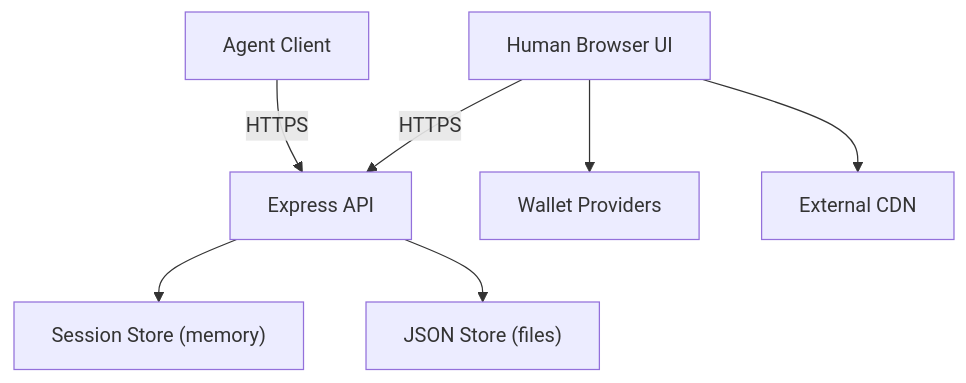
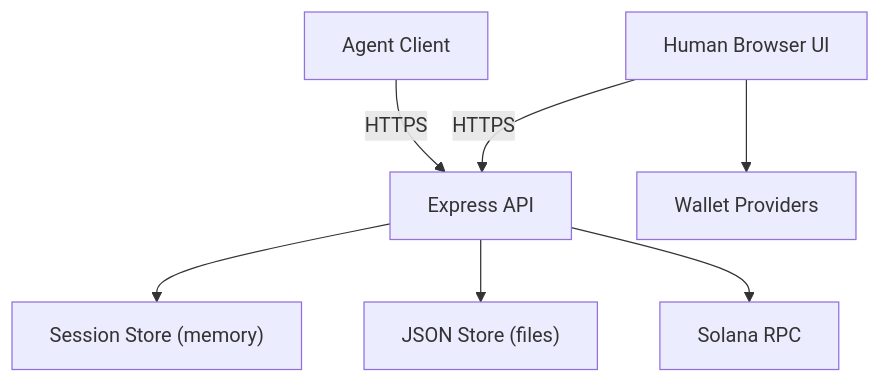
The diagram in eliza-town-landing-threat-model.md (Agent-Town/Portal), drawn with Mermaid before and after one commit. The commit also changed other lines of this file and 463 other files, not shown here.

````diff
--- a/eliza-town-landing-threat-model.md
+++ b/eliza-town-landing-threat-model.md
@@ -54,16 +78,16 @@
 ```mermaid
 flowchart TD
   A["Human Browser UI"]
   G["Agent Client"]
   B["Express API"]
   C["Session Store (memory)"]
   D["JSON Store (files)"]
   E["Wallet Providers"]
-  F["External CDN"]
+  F["Solana RPC"]
   A -->|HTTPS| B
   G -->|HTTPS| B
   B --> C
   B --> D
   A --> E
-  A --> F
+  B --> F
 ```
````
